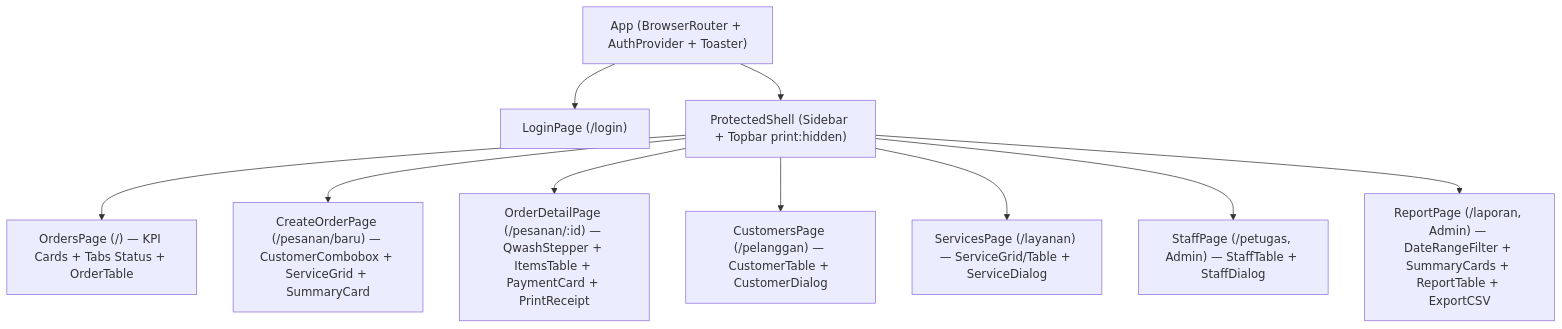
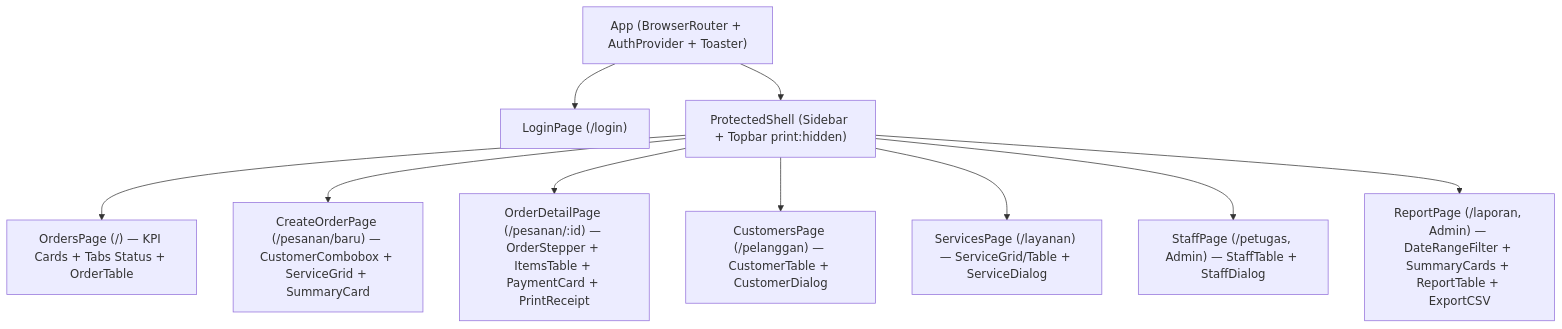
The ninth of 9 diagrams in docs/06-spec.md (devilsduddee/sbd1-laundry), drawn with Mermaid before and after one commit. The commit also changed other lines of this file and 29 other files, not shown here.

````diff
--- a/docs/06-spec.md
+++ b/docs/06-spec.md
@@ -450,12 +450,12 @@
 ```mermaid
 flowchart TD
     App["App (BrowserRouter + AuthProvider + Toaster)"] --> Login["LoginPage (/login)"]
     App --> Shell["ProtectedShell (Sidebar + Topbar print:hidden)"]
     Shell --> Dash["OrdersPage (/) — KPI Cards + Tabs Status + OrderTable"]
     Shell --> Create["CreateOrderPage (/pesanan/baru) — CustomerCombobox + ServiceGrid + SummaryCard"]
-    Shell --> Detail["OrderDetailPage (/pesanan/:id) — QwashStepper + ItemsTable + PaymentCard + PrintReceipt"]
+    Shell --> Detail["OrderDetailPage (/pesanan/:id) — OrderStepper + ItemsTable + PaymentCard + PrintReceipt"]
     Shell --> Cust["CustomersPage (/pelanggan) — CustomerTable + CustomerDialog"]
     Shell --> Svc["ServicesPage (/layanan) — ServiceGrid/Table + ServiceDialog"]
     Shell --> Staff["StaffPage (/petugas, Admin) — StaffTable + StaffDialog"]
     Shell --> Rep["ReportPage (/laporan, Admin) — DateRangeFilter + SummaryCards + ReportTable + ExportCSV"]
 ```
````
